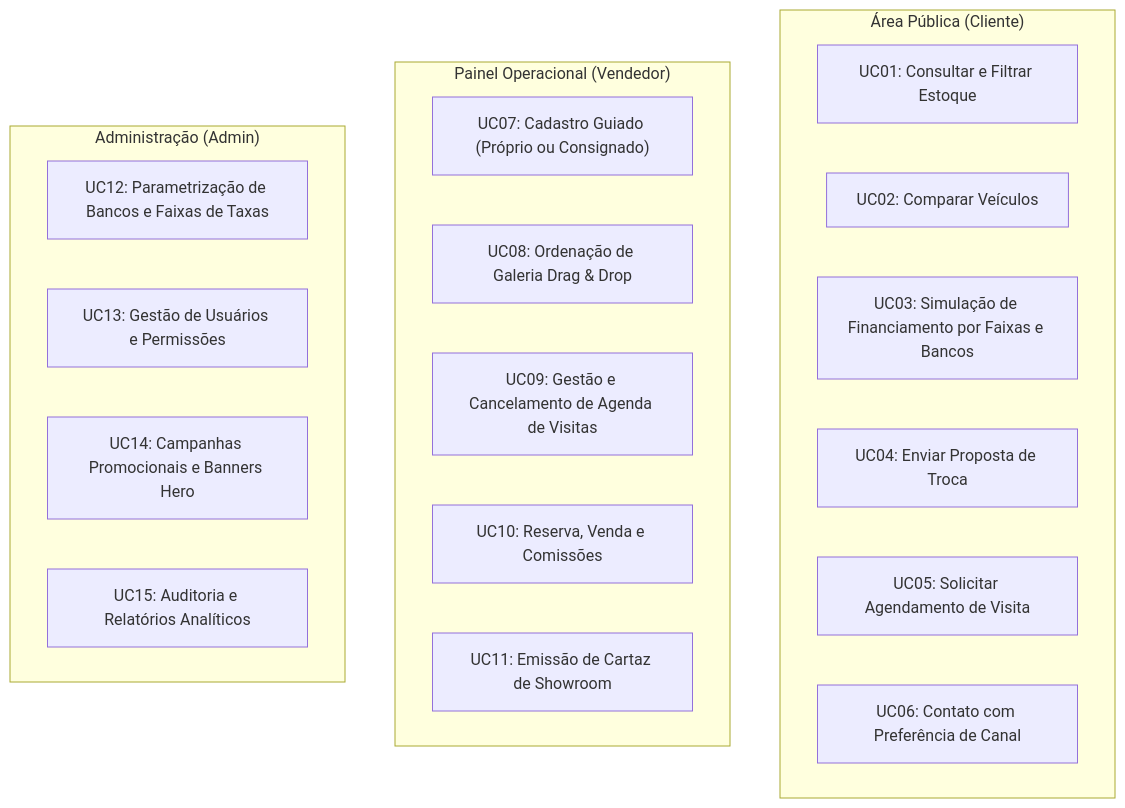
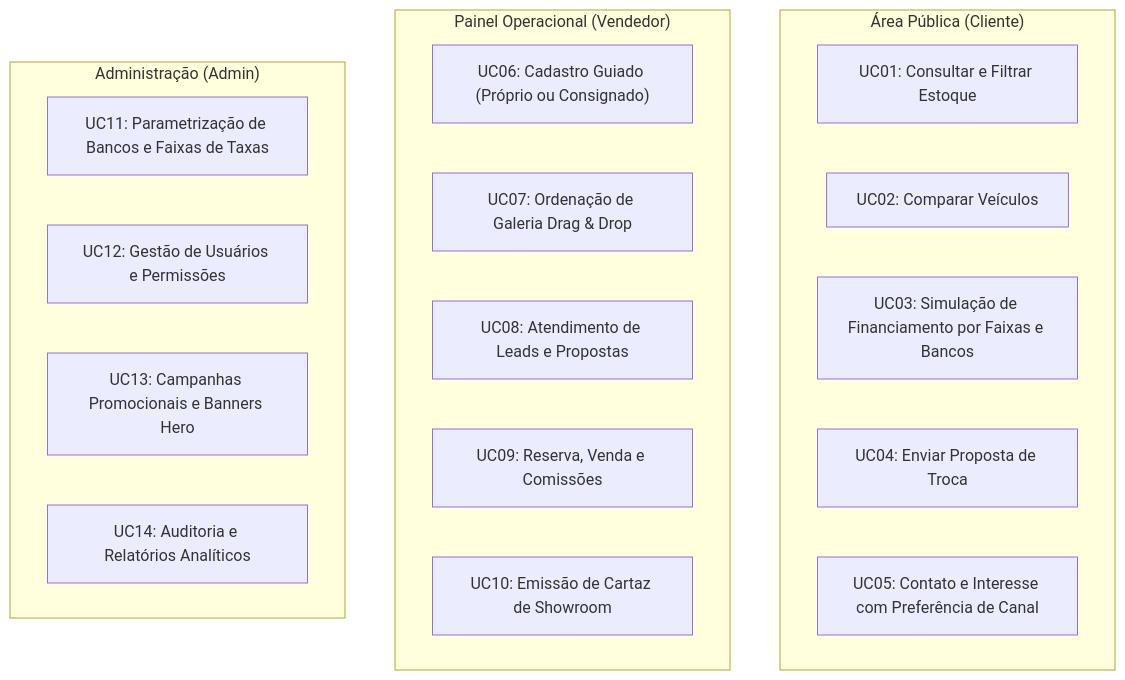
One commit to RaulDoug/back-end-site-garagem changed the first of 2 diagrams in Docs/docs.md. Above: the diagram before and after it, drawn with Mermaid. The commit also changed other lines of this file, not shown here.

Commit message:
Atualização do arquivo docs com novo scopo de projeto e regras de negocio

````diff
--- a/Docs/docs.md
+++ b/Docs/docs.md
@@ -28,26 +28,25 @@
 ```mermaid
 flowchart TD
     subgraph Publico["Área Pública (Cliente)"]
         UC01["UC01: Consultar e Filtrar Estoque"]
         UC02["UC02: Comparar Veículos"]
         UC03["UC03: Simulação de Financiamento por Faixas e Bancos"]
         UC04["UC04: Enviar Proposta de Troca"]
-        UC05["UC05: Solicitar Agendamento de Visita"]
-        UC06["UC06: Contato com Preferência de Canal"]
+        UC05["UC05: Contato e Interesse com Preferência de Canal"]
     end
 
     subgraph Operacional["Painel Operacional (Vendedor)"]
-        UC07["UC07: Cadastro Guiado (Próprio ou Consignado)"]
-        UC08["UC08: Ordenação de Galeria Drag & Drop"]
-        UC09["UC09: Gestão e Cancelamento de Agenda de Visitas"]
-        UC10["UC10: Reserva, Venda e Comissões"]
-        UC11["UC11: Emissão de Cartaz de Showroom"]
+        UC06["UC06: Cadastro Guiado (Próprio ou Consignado)"]
+        UC07["UC07: Ordenação de Galeria Drag & Drop"]
+        UC08["UC08: Atendimento de Leads e Propostas"]
+        UC09["UC09: Reserva, Venda e Comissões"]
+        UC10["UC10: Emissão de Cartaz de Showroom"]
     end
 
     subgraph Gestao["Administração (Admin)"]
-        UC12["UC12: Parametrização de Bancos e Faixas de Taxas"]
-        UC13["UC13: Gestão de Usuários e Permissões"]
-        UC14["UC14: Campanhas Promocionais e Banners Hero"]
-        UC15["UC15: Auditoria e Relatórios Analíticos"]
+        UC11["UC11: Parametrização de Bancos e Faixas de Taxas"]
+        UC12["UC12: Gestão de Usuários e Permissões"]
+        UC13["UC13: Campanhas Promocionais e Banners Hero"]
+        UC14["UC14: Auditoria e Relatórios Analíticos"]
     end
 ```
````
